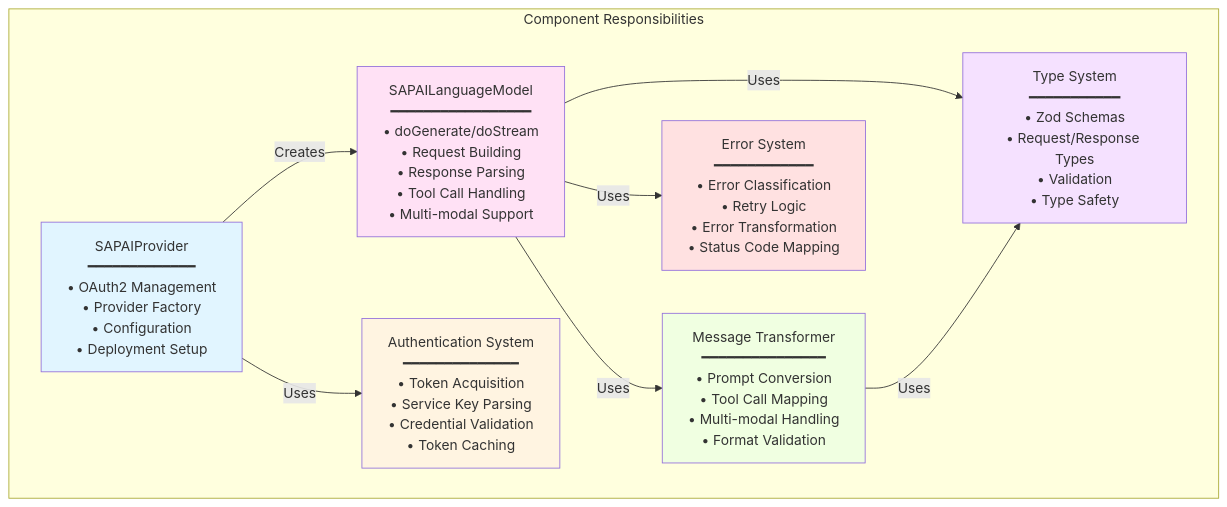
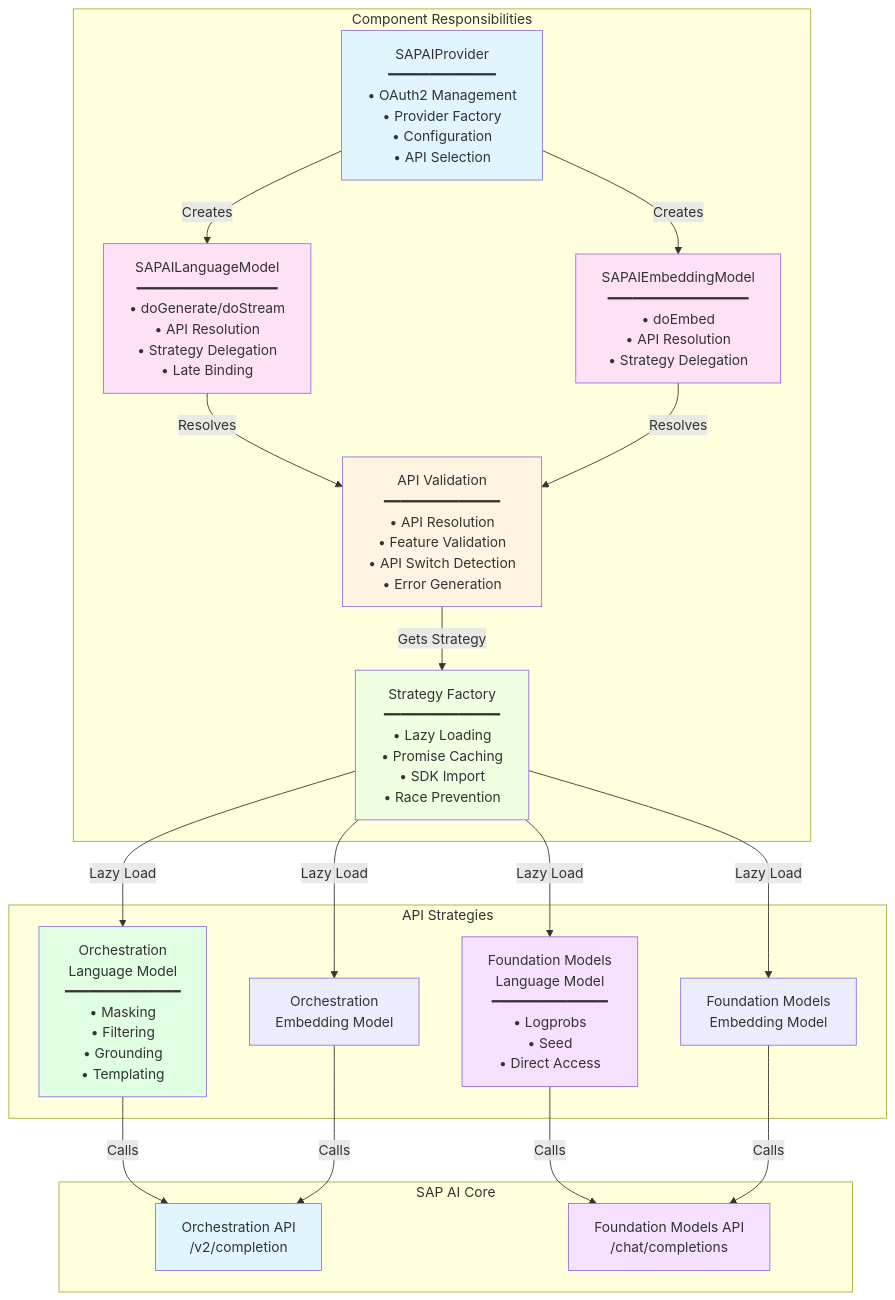
The third of 10 diagrams in ARCHITECTURE.md (jerome-benoit/sap-ai-provider), drawn with Mermaid before and after one commit. The commit also changed other lines of this file and 24 other files, not shown here.

First line of the commit message:
feat: implement Foundation Models API strategy with code harmonization

````diff
--- a/ARCHITECTURE.md
+++ b/ARCHITECTURE.md
@@ -217,30 +217,55 @@
 ```mermaid
 graph TB
     subgraph "Component Responsibilities"
-        Provider[SAPAIProvider<br/>━━━━━━━━━━━━━<br/>• OAuth2 Management<br/>• Provider Factory<br/>• Configuration<br/>• Deployment Setup]
+        Provider[SAPAIProvider<br/>━━━━━━━━━━━━━<br/>• OAuth2 Management<br/>• Provider Factory<br/>• Configuration<br/>• API Selection]
 
-        Model[SAPAILanguageModel<br/>━━━━━━━━━━━━━━━━━<br/>• doGenerate/doStream<br/>• Request Building<br/>• Response Parsing<br/>• Tool Call Handling<br/>• Multi-modal Support]
+        Model[SAPAILanguageModel<br/>━━━━━━━━━━━━━━━━━<br/>• doGenerate/doStream<br/>• API Resolution<br/>• Strategy Delegation<br/>• Late Binding]
 
-        Auth[Authentication System<br/>━━━━━━━━━━━━━━<br/>• Token Acquisition<br/>• Service Key Parsing<br/>• Credential Validation<br/>• Token Caching]
+        Embedding[SAPAIEmbeddingModel<br/>━━━━━━━━━━━━━━━━━<br/>• doEmbed<br/>• API Resolution<br/>• Strategy Delegation]
 
-        Transform[Message Transformer<br/>━━━━━━━━━━━━━━━<br/>• Prompt Conversion<br/>• Tool Call Mapping<br/>• Multi-modal Handling<br/>• Format Validation]
+        Validation[API Validation<br/>━━━━━━━━━━━━━━<br/>• API Resolution<br/>• Feature Validation<br/>• API Switch Detection<br/>• Error Generation]
 
-        ErrorSys[Error System<br/>━━━━━━━━━━━━<br/>• Error Classification<br/>• Retry Logic<br/>• Error Transformation<br/>• Status Code Mapping]
+        Strategy[Strategy Factory<br/>━━━━━━━━━━━━━━<br/>• Lazy Loading<br/>• Promise Caching<br/>• SDK Import<br/>• Race Prevention]
+    end
 
-        Types[Type System<br/>━━━━━━━━━━━<br/>• Zod Schemas<br/>• Request/Response Types<br/>• Validation<br/>• Type Safety]
+    subgraph "API Strategies"
+        OrchLM[Orchestration<br/>Language Model<br/>━━━━━━━━━━━━━━<br/>• Masking<br/>• Filtering<br/>• Grounding<br/>• Templating]
+
+        FMLM[Foundation Models<br/>Language Model<br/>━━━━━━━━━━━━━━<br/>• Logprobs<br/>• Seed<br/>• Direct Access]
+
+        OrchEM[Orchestration<br/>Embedding Model]
+
+        FMEM[Foundation Models<br/>Embedding Model]
+    end
+
+    subgraph "SAP AI Core"
+        OrchAPI[Orchestration API<br/>/v2/completion]
+        FMAPI[Foundation Models API<br/>/chat/completions]
     end
 
     Provider -->|Creates| Model
-    Provider -->|Uses| Auth
-    Model -->|Uses| Transform
-    Model -->|Uses| ErrorSys
-    Model -->|Uses| Types
-    Transform -->|Uses| Types
+    Provider -->|Creates| Embedding
+    Model -->|Resolves| Validation
+    Embedding -->|Resolves| Validation
+    Validation -->|Gets Strategy| Strategy
+
+    Strategy -->|Lazy Load| OrchLM
+    Strategy -->|Lazy Load| FMLM
+    Strategy -->|Lazy Load| OrchEM
+    Strategy -->|Lazy Load| FMEM
+
+    OrchLM -->|Calls| OrchAPI
+    FMLM -->|Calls| FMAPI
+    OrchEM -->|Calls| OrchAPI
+    FMEM -->|Calls| FMAPI
 
     style Provider fill:#e1f5ff
     style Model fill:#ffe1f5
-    style Auth fill:#fff4e1
-    style Transform fill:#f0ffe1
-    style ErrorSys fill:#ffe1e1
-    style Types fill:#f5e1ff
+    style Embedding fill:#ffe1f5
+    style Validation fill:#fff4e1
+    style Strategy fill:#f0ffe1
+    style OrchLM fill:#e1ffe1
+    style FMLM fill:#f5e1ff
+    style OrchAPI fill:#e1f5ff
+    style FMAPI fill:#f5e1ff
 ```
````
